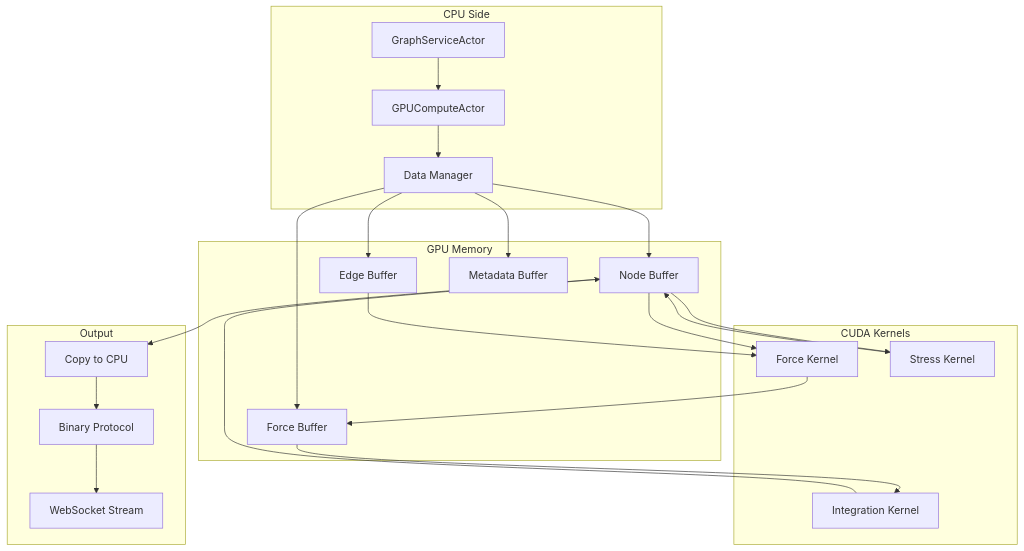
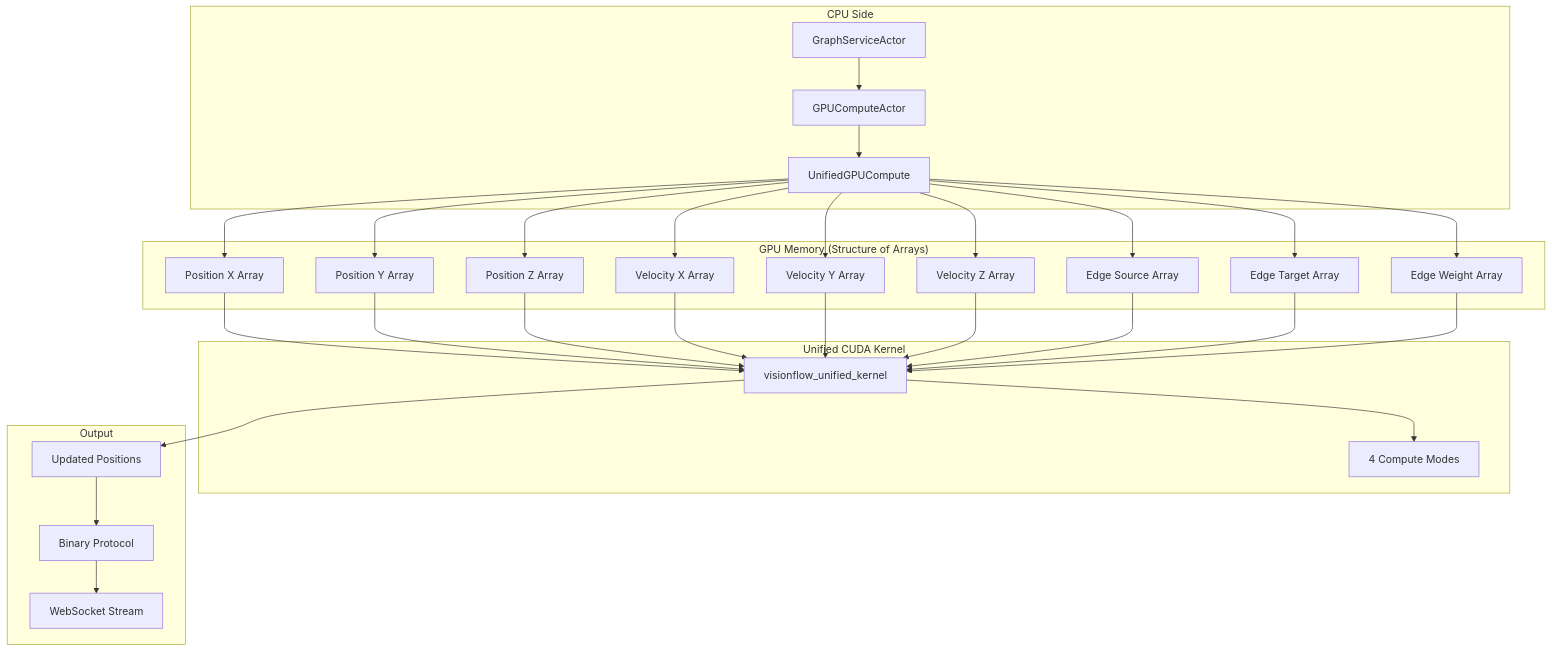
The diagram in docs/architecture/gpu-compute.md (DreamLab-AI/VisionFlow), drawn with Mermaid before and after one commit. The commit also changed other lines of this file and 22 other files, not shown here.

````diff
--- a/docs/architecture/gpu-compute.md
+++ b/docs/architecture/gpu-compute.md
@@ -15,30 +15,38 @@
 ```mermaid
 graph TB
     subgraph "CPU Side"
         GSA[GraphServiceActor] --> GCA[GPUComputeActor]
-        GCA --> DM[Data Manager]
+        GCA --> UGC[UnifiedGPUCompute]
     end
     
-    subgraph "GPU Memory"
-        DM --> NB[Node Buffer]
-        DM --> EB[Edge Buffer]
-        DM --> FB[Force Buffer]
-        DM --> MB[Metadata Buffer]
+    subgraph "GPU Memory (Structure of Arrays)"
+        UGC --> PosX[Position X Array]
+        UGC --> PosY[Position Y Array] 
+        UGC --> PosZ[Position Z Array]
+        UGC --> VelX[Velocity X Array]
+        UGC --> VelY[Velocity Y Array]
+        UGC --> VelZ[Velocity Z Array]
+        UGC --> EdgeSrc[Edge Source Array]
+        UGC --> EdgeDst[Edge Target Array]
+        UGC --> EdgeWeight[Edge Weight Array]
     end
     
-    subgraph "CUDA Kernels"
-        NB --> FK[Force Kernel]
-        EB --> FK
-        FK --> FB
-        FB --> IK[Integration Kernel]
-        IK --> NB
-        NB --> SK[Stress Kernel]
-        SK --> NB
+    subgraph "Unified CUDA Kernel"
+        PosX --> UK[visionflow_unified_kernel]
+        PosY --> UK
+        PosZ --> UK
+        VelX --> UK
+        VelY --> UK
+        VelZ --> UK
+        EdgeSrc --> UK
+        EdgeDst --> UK
+        EdgeWeight --> UK
+        UK --> Modes[4 Compute Modes]
     end
     
     subgraph "Output"
-        NB --> CP[Copy to CPU]
-        CP --> BP[Binary Protocol]
+        UK --> UpdatedPos[Updated Positions]
+        UpdatedPos --> BP[Binary Protocol]
         BP --> WS[WebSocket Stream]
     end
 ```
````
